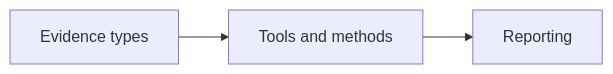
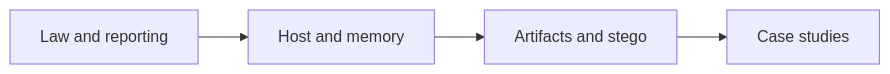
Before and after one commit to Jkbarros/ia447-digital-forensics-i: the diagram in README.md, drawn with Mermaid. The commit also changed other lines of this file and 937 other files, not shown here.

````diff
--- a/README.md
+++ b/README.md
@@ -24,7 +33,8 @@
 ```mermaid
 flowchart LR
-  E[Evidence types]
-  T[Tools and methods]
-  R[Reporting]
-  E --> T --> R
+  L[Law and reporting]
+  H[Host and memory]
+  A[Artifacts and stego]
+  C[Case studies]
+  L --> H --> A --> C
 ```
````
